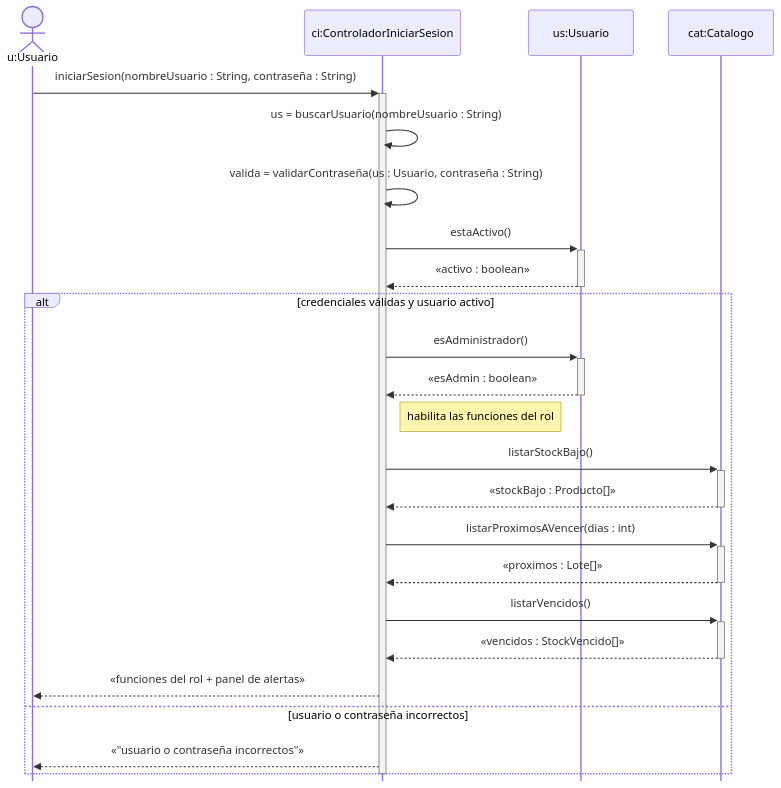
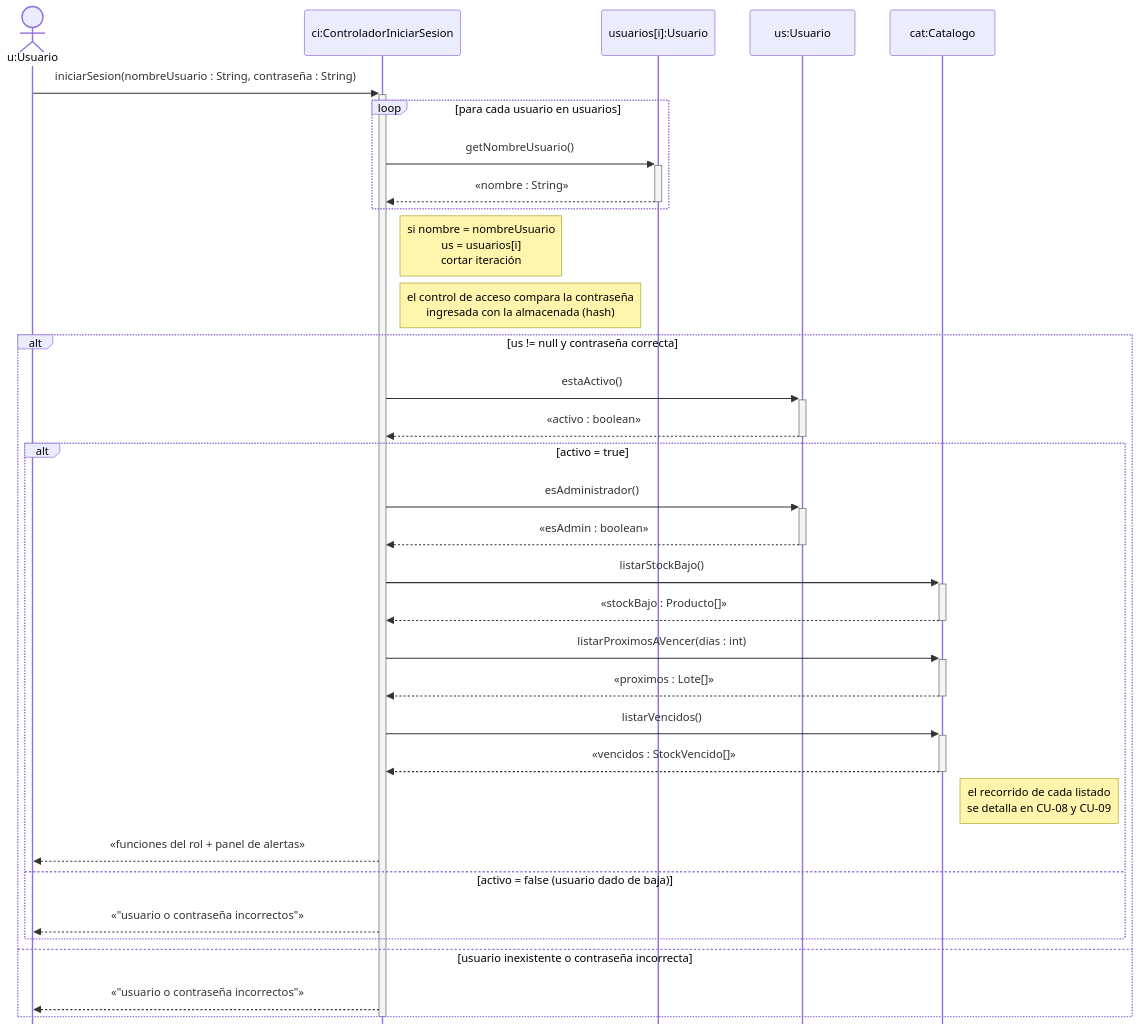
Before and after one commit to cirotop/Stock-Project: the first of 12 diagrams in 08-Diagrama De Secuencia/Diagramas_de_Secuencia.md, drawn with Mermaid. The commit also changed other lines of this file, not shown here.

````diff
--- a/08-Diagrama De Secuencia/Diagramas_de_Secuencia.md
+++ b/08-Diagrama De Secuencia/Diagramas_de_Secuencia.md
@@ -18,29 +21,38 @@
 ```mermaid
 %%{init: {"sequence": {"mirrorActors": false}, "themeCSS": ".loopLine { stroke-dasharray: none !important; stroke-width: 1.5px !important; }"}}%%
 sequenceDiagram
     actor u as u:Usuario
     participant ci as ci:ControladorIniciarSesion
+    participant ui as usuarios[i]:Usuario
     participant us as us:Usuario
     participant cat as cat:Catalogo
 
     u->>+ci: iniciarSesion(nombreUsuario : String, contraseña : String)
-    ci->>ci: us = buscarUsuario(nombreUsuario : String)
-    ci->>ci: valida = validarContraseña(us : Usuario, contraseña : String)
-    ci->>+us: estaActivo()
-    us-->>-ci: «activo : boolean»
-    alt credenciales válidas y usuario activo
-        ci->>+us: esAdministrador()
-        us-->>-ci: «esAdmin : boolean»
-        Note right of ci: habilita las funciones del rol
-        ci->>+cat: listarStockBajo()
-        cat-->>-ci: «stockBajo : Producto[]»
-        ci->>+cat: listarProximosAVencer(dias : int)
-        cat-->>-ci: «proximos : Lote[]»
-        ci->>+cat: listarVencidos()
-        cat-->>-ci: «vencidos : StockVencido[]»
-        ci-->>u: «funciones del rol + panel de alertas»
-    else usuario o contraseña incorrectos
+    loop para cada usuario en usuarios
+        ci->>+ui: getNombreUsuario()
+        ui-->>-ci: «nombre : String»
+    end
+    Note right of ci: si nombre = nombreUsuario<br/>us = usuarios[i]<br/>cortar iteración
+    Note right of ci: el control de acceso compara la contraseña<br/>ingresada con la almacenada (hash)
+    alt us != null y contraseña correcta
+        ci->>+us: estaActivo()
+        us-->>-ci: «activo : boolean»
+        alt activo = true
+            ci->>+us: esAdministrador()
+            us-->>-ci: «esAdmin : boolean»
+            ci->>+cat: listarStockBajo()
+            cat-->>-ci: «stockBajo : Producto[]»
+            ci->>+cat: listarProximosAVencer(dias : int)
+            cat-->>-ci: «proximos : Lote[]»
+            ci->>+cat: listarVencidos()
+            cat-->>-ci: «vencidos : StockVencido[]»
+            Note right of cat: el recorrido de cada listado<br/>se detalla en CU-08 y CU-09
+            ci-->>u: «funciones del rol + panel de alertas»
+        else activo = false (usuario dado de baja)
+            ci-->>u: «"usuario o contraseña incorrectos"»
+        end
+    else usuario inexistente o contraseña incorrecta
         ci-->>u: «"usuario o contraseña incorrectos"»
     end
     deactivate ci
 ```
````
